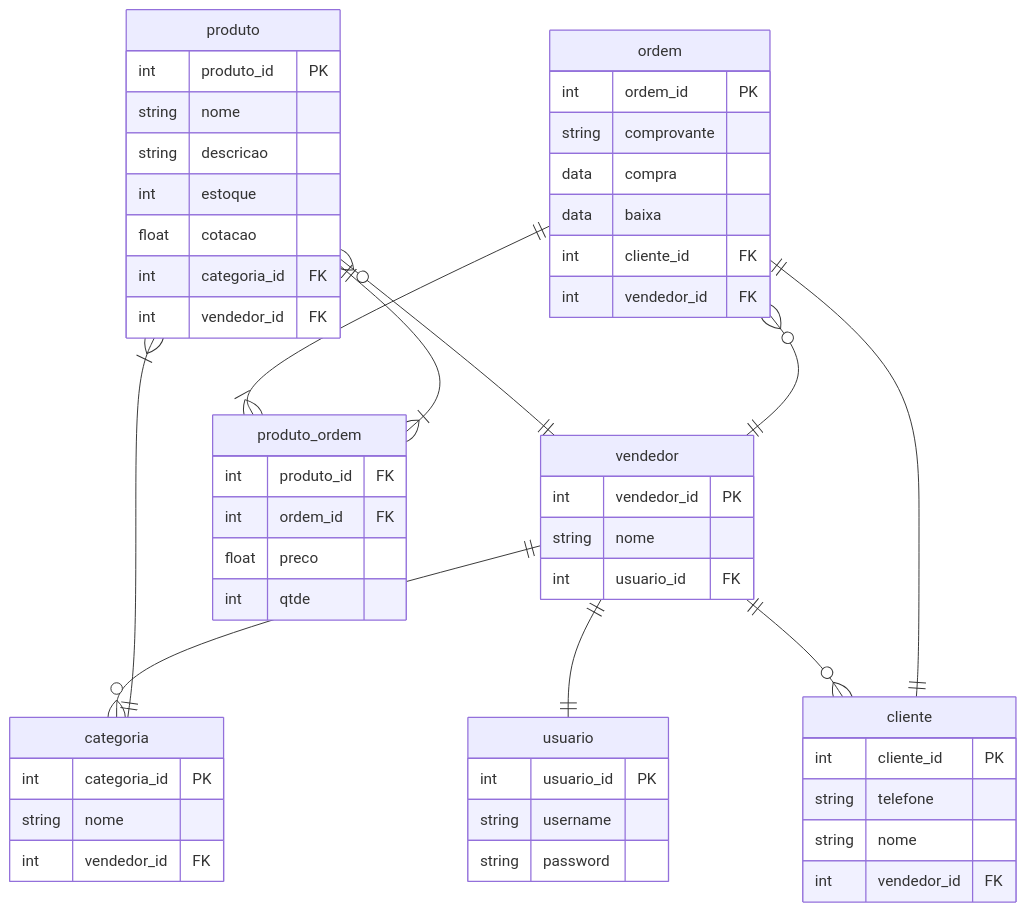
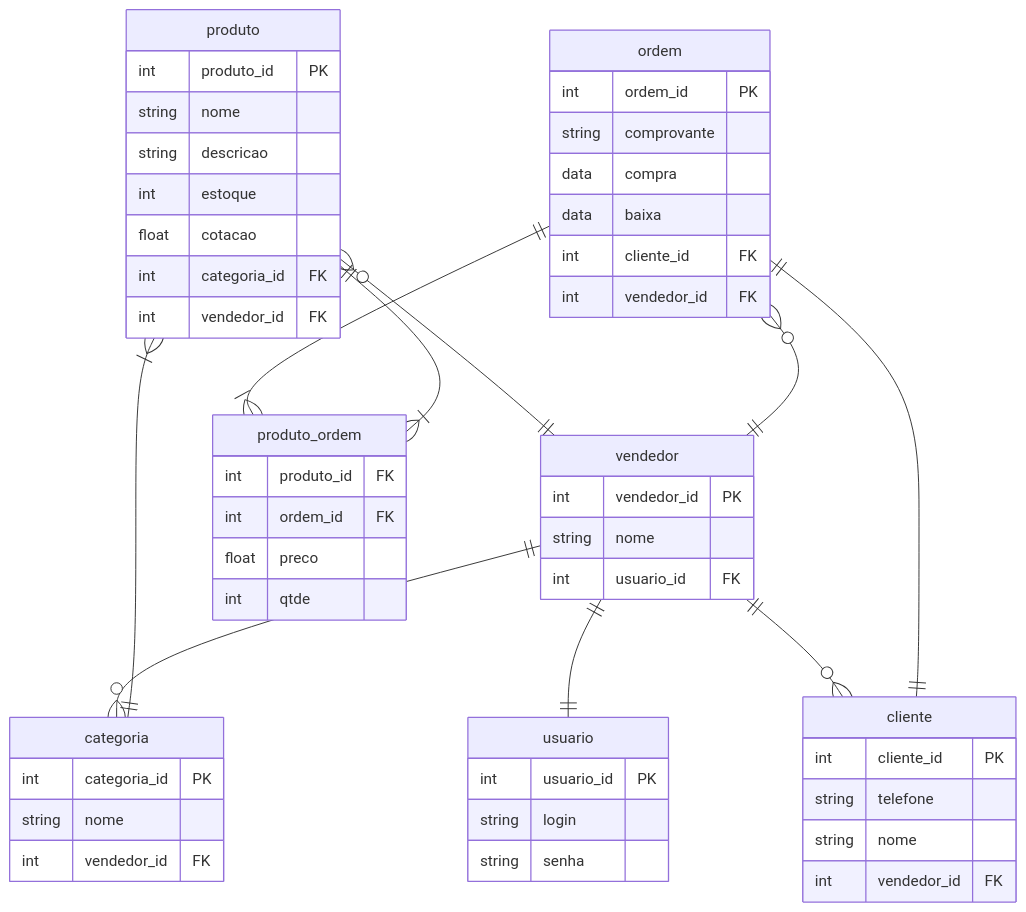
Before and after one commit to raphaelramosds/eimports: the diagram in BD.md, drawn with Mermaid. The commit also changed other lines of this file, not shown here.

Commit message:
docs: link to DB models

````diff
--- a/BD.md
+++ b/BD.md
@@ -7,68 +7,68 @@
 ```mermaid
 
 erDiagram
     usuario {
         int usuario_id PK
-        string username
-        string password
+        string login
+        string senha
     }
 
     vendedor {
         int vendedor_id PK
         string nome
         int usuario_id FK
     }
 
     vendedor ||--|| usuario : ""
 
     categoria {
         int categoria_id PK
         string nome
         int vendedor_id FK
     }
 
     vendedor ||--o{ categoria : ""
     vendedor ||--o{ cliente : ""
 
     produto {
         int produto_id PK
         string nome
         string descricao
         int estoque
         float cotacao
 
         int categoria_id FK
         int vendedor_id FK
     }
 
     produto }|--|| categoria : ""
     produto }o--|| vendedor : ""
 
     cliente {
         int cliente_id PK
         string telefone
         string nome
         int vendedor_id FK
     }
 
     ordem {
         int ordem_id PK
         string comprovante
         data compra
         data baixa
         int cliente_id FK
         int vendedor_id FK
     }
 
     ordem ||--|| cliente : ""
     ordem }o--|| vendedor : ""
     ordem  ||--}| produto_ordem : ""
     produto ||--}| produto_ordem : ""
 
     produto_ordem {
         int produto_id FK
         int ordem_id FK
         float preco
         int qtde
     }
 ```
````
